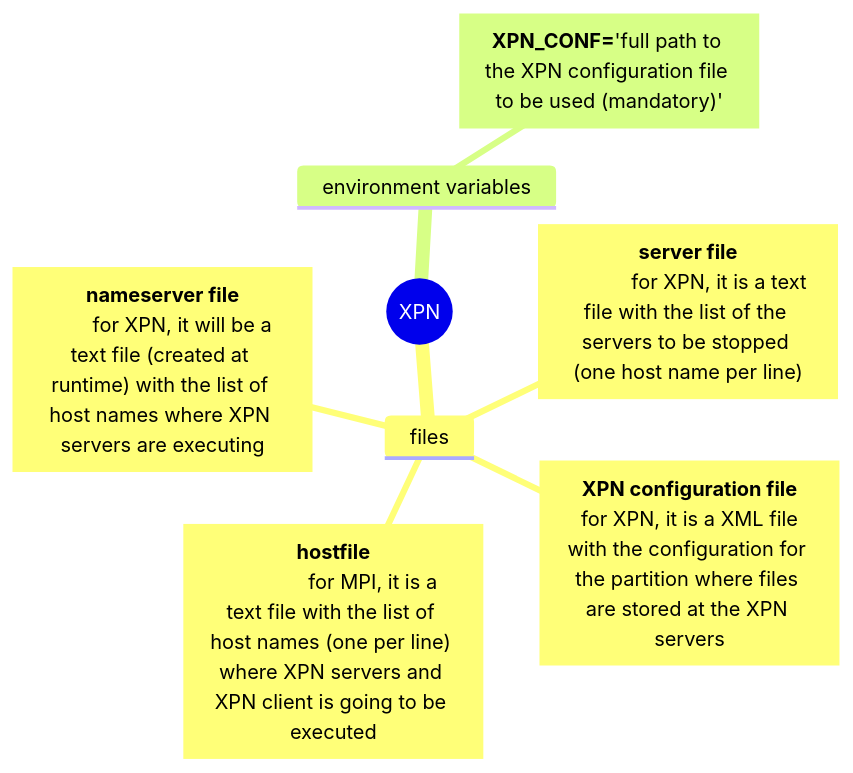
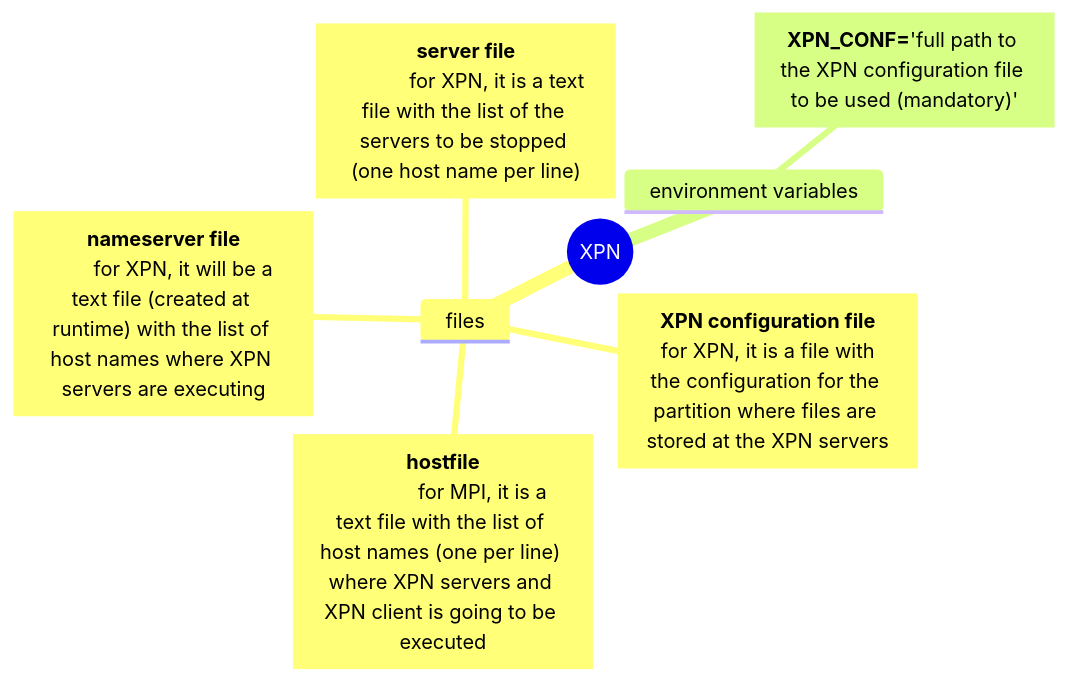
Before and after one commit to xpn-arcos/xpn: the second of 4 diagrams in README.md, drawn with Mermaid. The commit also changed other lines of this file, not shown here.

````diff
--- a/README.md
+++ b/README.md
@@ -112,11 +111,11 @@
   ```mermaid
   mindmap
   root((XPN))
     files
         ["`**hostfile**</br>               for MPI, it is a text file with the list of host names (one per line) where XPN servers and XPN client is going to be executed`"]
-        ["`**XPN configuration file**</br> for XPN, it is a XML file with the configuration for the partition where files are stored at the XPN servers`"]
+        ["`**XPN configuration file**</br> for XPN, it is a file with the configuration for the partition where files are stored at the XPN servers`"]
         ["`**nameserver file**</br>        for XPN, it will be a text file (created at runtime) with the list of host names where XPN servers are executing`"]
         ["`**server file**</br>            for XPN, it is a text file with the list of the servers to be stopped (one host name per line)`"]
     environment variables
         ["`**XPN_CONF=**'full path to the XPN configuration file to be used (mandatory)'`"]
 ```
````
